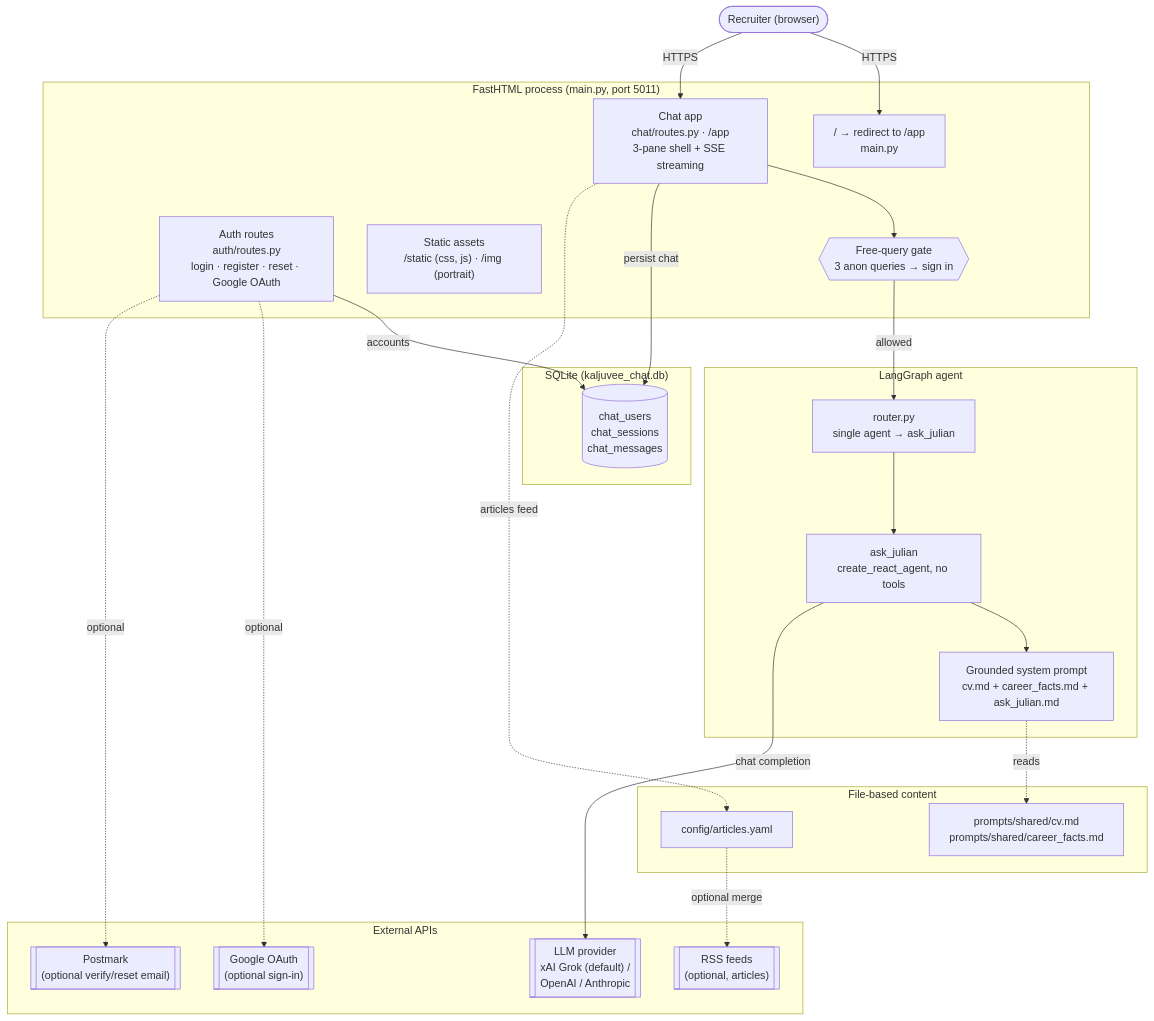
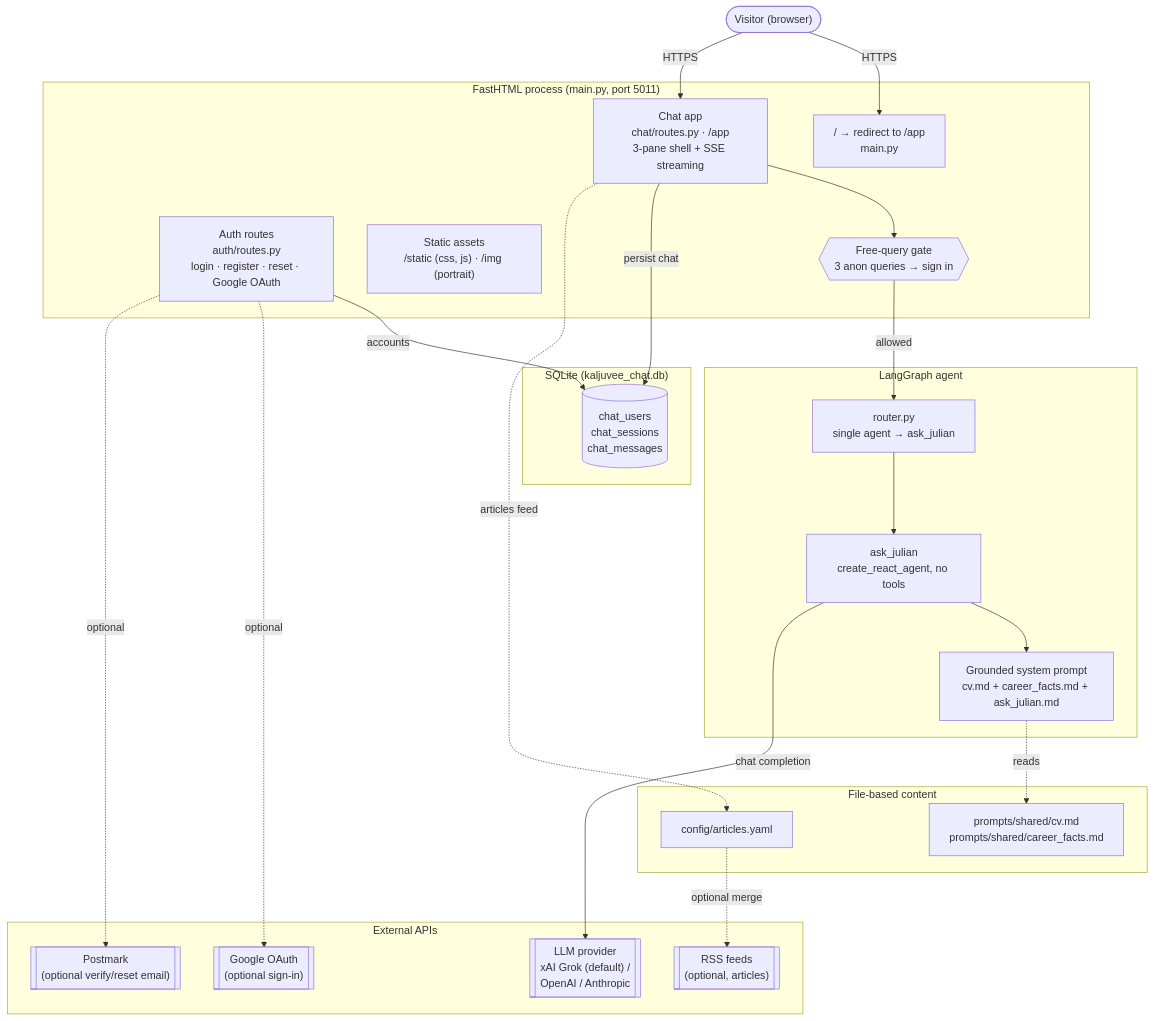
The first of 6 diagrams in docs/architecture_readme.md (kaljuvee/kaljuvee-chat), drawn with Mermaid before and after one commit. The commit also changed other lines of this file and 17 other files, not shown here.

````diff
--- a/docs/architecture_readme.md
+++ b/docs/architecture_readme.md
@@ -22,49 +22,49 @@
 ```mermaid
 flowchart TB
-    USER(["Recruiter (browser)"])
+    USER(["Visitor (browser)"])
 
     subgraph Server["FastHTML process (main.py, port 5011)"]
         IDX["/  →  redirect to /app<br/>main.py"]
         APP["Chat app<br/>chat/routes.py · /app<br/>3-pane shell + SSE streaming"]
         AUTH["Auth routes<br/>auth/routes.py<br/>login · register · reset · Google OAuth"]
         STATIC["Static assets<br/>/static (css, js) · /img (portrait)"]
         GATE{{"Free-query gate<br/>3 anon queries → sign in"}}
     end
 
     subgraph Agent["LangGraph agent"]
         ROUTER["router.py<br/>single agent → ask_julian"]
         ASKJ["ask_julian<br/>create_react_agent, no tools"]
         PROMPT["Grounded system prompt<br/>cv.md + career_facts.md + ask_julian.md"]
     end
 
     subgraph Data["SQLite (kaljuvee_chat.db)"]
         DB[("chat_users<br/>chat_sessions<br/>chat_messages")]
     end
 
     subgraph Content["File-based content"]
         CV["prompts/shared/cv.md<br/>prompts/shared/career_facts.md"]
         ART["config/articles.yaml"]
     end
 
     subgraph External["External APIs"]
         LLM[["LLM provider<br/>xAI Grok (default) /<br/>OpenAI / Anthropic"]]
         GOOG[["Google OAuth<br/>(optional sign-in)"]]
         RSS[["RSS feeds<br/>(optional, articles)"]]
         POST[["Postmark<br/>(optional verify/reset email)"]]
     end
 
     USER -->|HTTPS| IDX
     USER -->|HTTPS| APP
     APP --> GATE
     GATE -->|allowed| ROUTER
     ROUTER --> ASKJ
     ASKJ --> PROMPT
     PROMPT -. reads .-> CV
     ASKJ -->|chat completion| LLM
     APP -->|persist chat| DB
     AUTH -->|accounts| DB
     AUTH -.->|optional| GOOG
     APP -. articles feed .-> ART
     ART -.->|optional merge| RSS
     AUTH -.->|optional| POST
 ```
````
